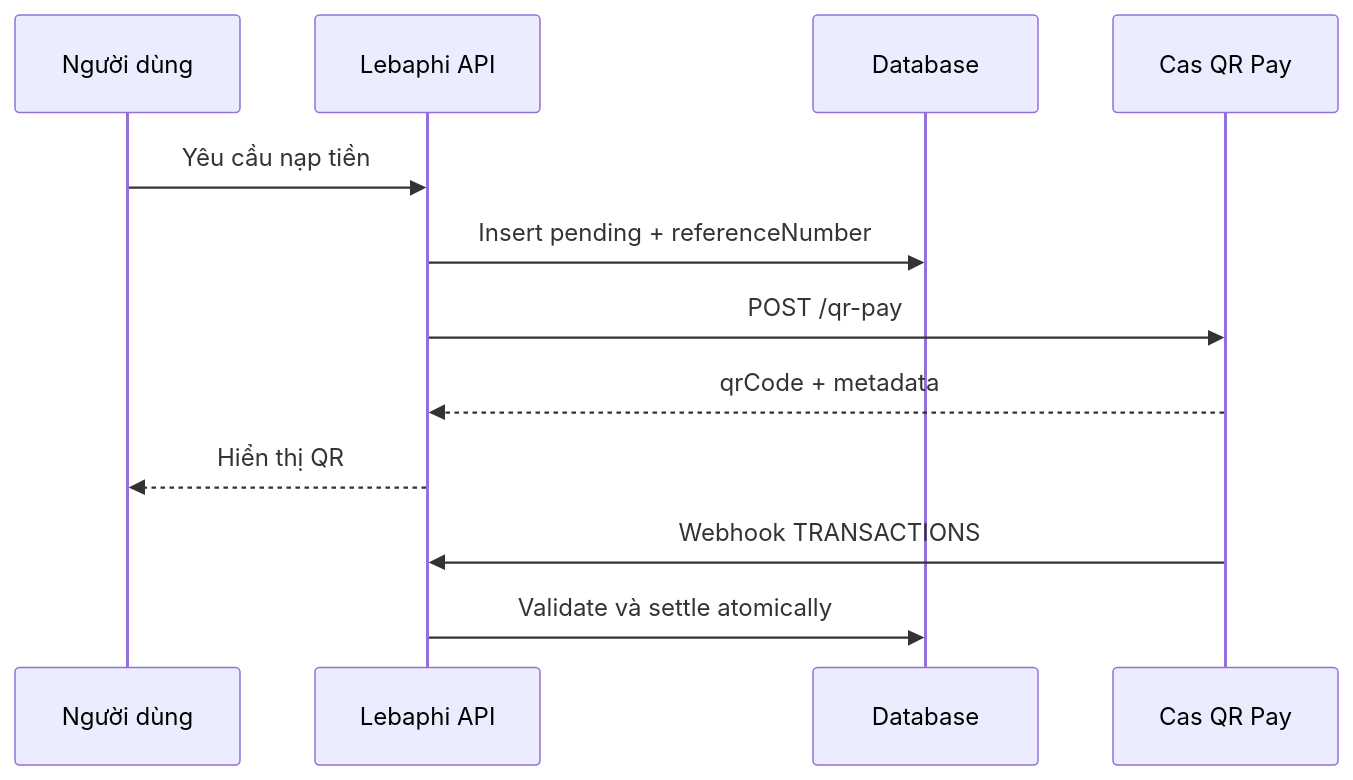
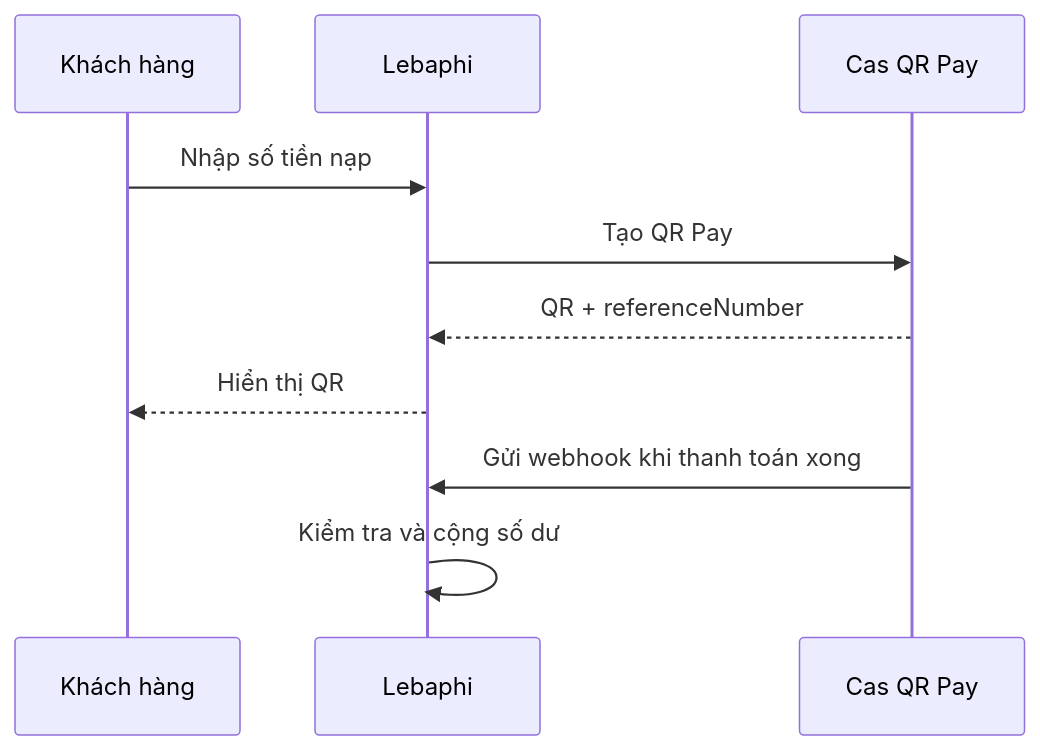
One commit to phi140307/cas changed the diagram in PAPER.vi.md. Above: the diagram before and after it, drawn with Mermaid. The commit also changed other lines of this file, not shown here.

Commit message:
docs: simplify Vietnamese QR Pay report

````diff
--- a/PAPER.vi.md
+++ b/PAPER.vi.md
@@ -49,14 +28,12 @@
 ```mermaid
 sequenceDiagram
-  participant U as Người dùng
-  participant A as Lebaphi API
-  participant D as Database
-  participant C as Cas QR Pay
-  U->>A: Yêu cầu nạp tiền
-  A->>D: Insert pending + referenceNumber
-  A->>C: POST /qr-pay
-  C-->>A: qrCode + metadata
-  A-->>U: Hiển thị QR
-  C->>A: Webhook TRANSACTIONS
-  A->>D: Validate và settle atomically
+  participant User as Khách hàng
+  participant Web as Lebaphi
+  participant Cas as Cas QR Pay
+  User->>Web: Nhập số tiền nạp
+  Web->>Cas: Tạo QR Pay
+  Cas-->>Web: QR + referenceNumber
+  Web-->>User: Hiển thị QR
+  Cas->>Web: Gửi webhook khi thanh toán xong
+  Web->>Web: Kiểm tra và cộng số dư
 ```
````
